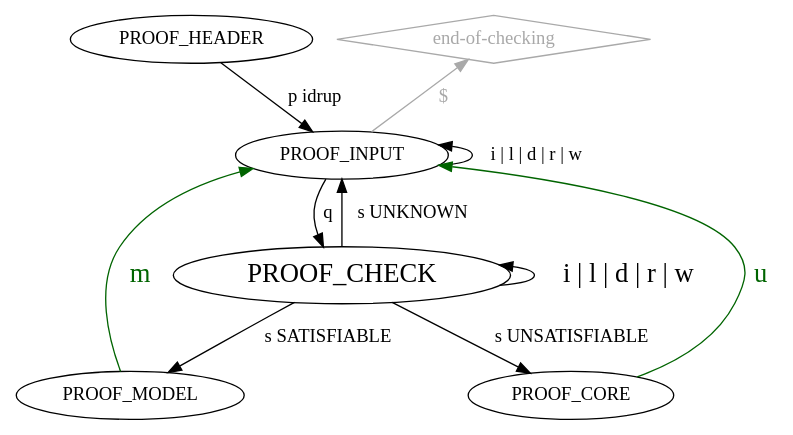
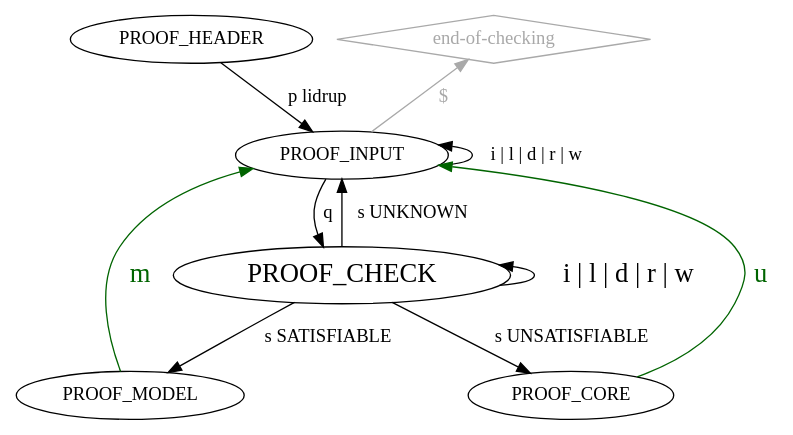
One commit to arminbiere/lidrup-check changed the diagram in lidrup-check-really-pedantic-single.dot. Above: the diagram before and after it, drawn with Graphviz. The commit also changed 11 other files, not shown here.

```diff
--- a/lidrup-check-really-pedantic-single.dot
+++ b/lidrup-check-really-pedantic-single.dot
@@ -1,19 +1,19 @@
-digraph "idrup-check" {
+digraph "lidrup-check" {
 
-  PROOF_HEADER -> PROOF_INPUT [label=" p idrup"]
+  PROOF_HEADER -> PROOF_INPUT [label=" p lidrup"]
 
   "end-of-checking" [shape=diamond,color=darkgray,fontcolor=darkgray];
    "end-of-checking" -> PROOF_INPUT [label="  $    ",dir=back,fontcolor=darkgray,color=darkgray];
 
   PROOF_INPUT -> PROOF_CHECK [label=" q "];
   PROOF_INPUT -> PROOF_INPUT [label=" i | l | d | r | w",dir=back];
 
   PROOF_CHECK [fontsize=20];
   PROOF_CHECK -> PROOF_CHECK [label=" i | l | d | r | w ",dir=back,fontsize=20];
   PROOF_CHECK -> PROOF_MODEL [label=" s SATISFIABLE "];
   PROOF_CHECK -> PROOF_CORE [label=" s UNSATISFIABLE "];
   PROOF_CHECK -> PROOF_INPUT [label=" s UNKNOWN "];
 
   PROOF_MODEL -> PROOF_INPUT [label=" m ",color=darkgreen,fontsize=20,fontcolor=darkgreen];
   PROOF_CORE -> PROOF_INPUT [label=" u ",color=darkgreen,fontsize=20,fontcolor=darkgreen];
 }
```
